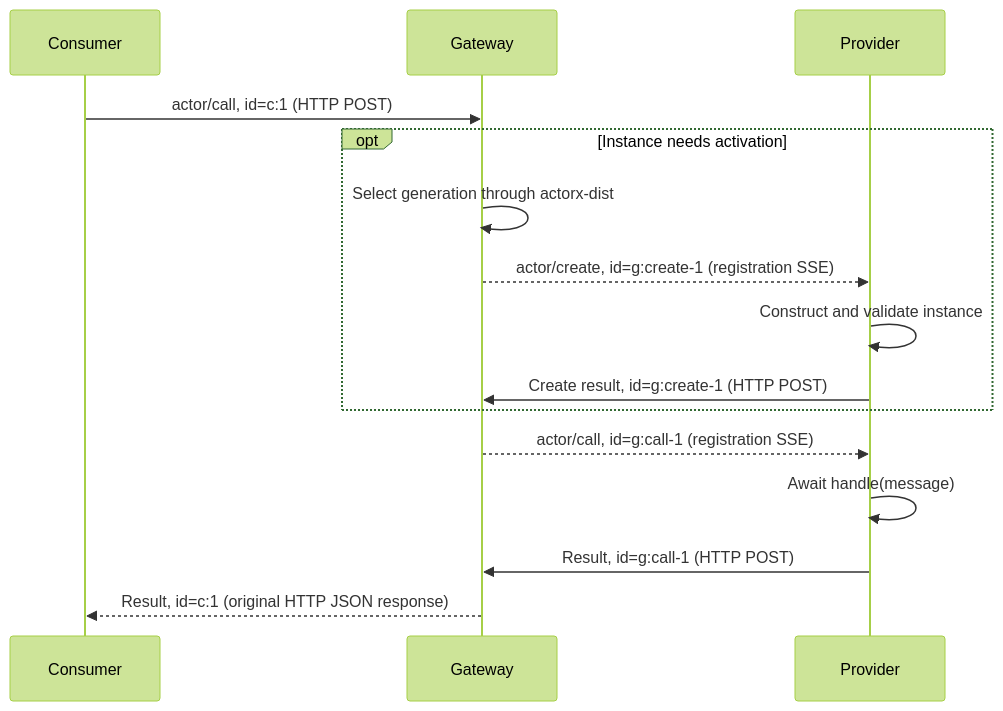
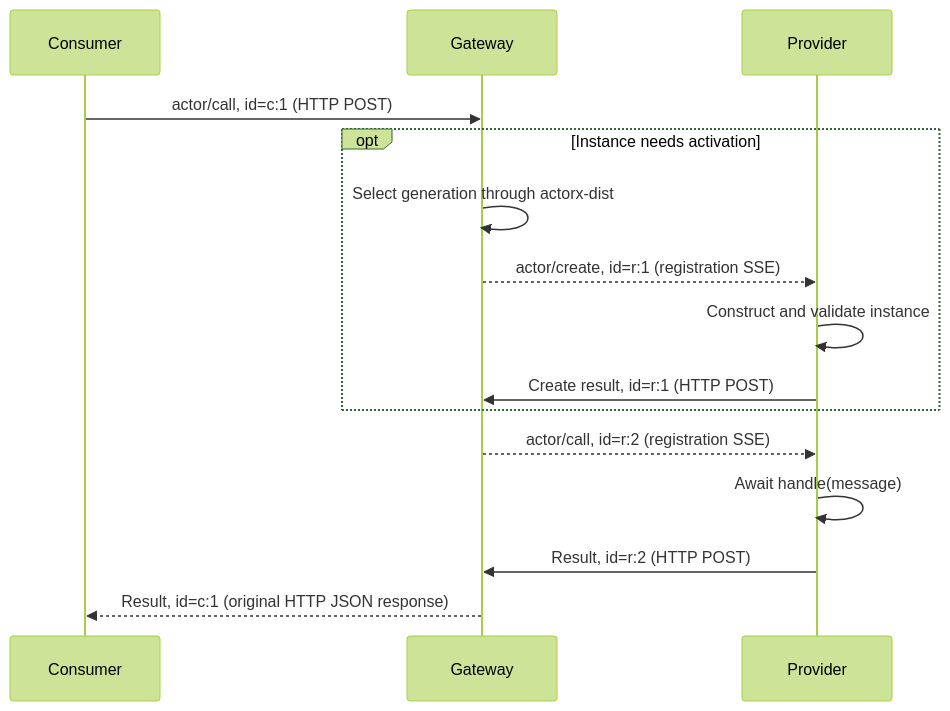
One commit to go-aie/actorx-dist changed the second of 4 diagrams in remote/docs/protocol.md. Above: the diagram before and after it, drawn with Mermaid (forest theme). The commit also changed other lines of this file and 29 other files, not shown here.

````diff
--- a/remote/docs/protocol.md
+++ b/remote/docs/protocol.md
@@ -189,17 +189,17 @@
 ```mermaid
 sequenceDiagram
     participant C as Consumer
     participant G as Gateway
     participant P as Provider
     C->>G: actor/call, id=c:1 (HTTP POST)
     opt Instance needs activation
         G->>G: Select generation through actorx-dist
-        G-->>P: actor/create, id=g:create-1 (registration SSE)
+        G-->>P: actor/create, id=r:1 (registration SSE)
         P->>P: Construct and validate instance
-        P->>G: Create result, id=g:create-1 (HTTP POST)
+        P->>G: Create result, id=r:1 (HTTP POST)
     end
-    G-->>P: actor/call, id=g:call-1 (registration SSE)
+    G-->>P: actor/call, id=r:2 (registration SSE)
     P->>P: Await handle(message)
-    P->>G: Result, id=g:call-1 (HTTP POST)
+    P->>G: Result, id=r:2 (HTTP POST)
     G-->>C: Result, id=c:1 (original HTTP JSON response)
 ```
````
